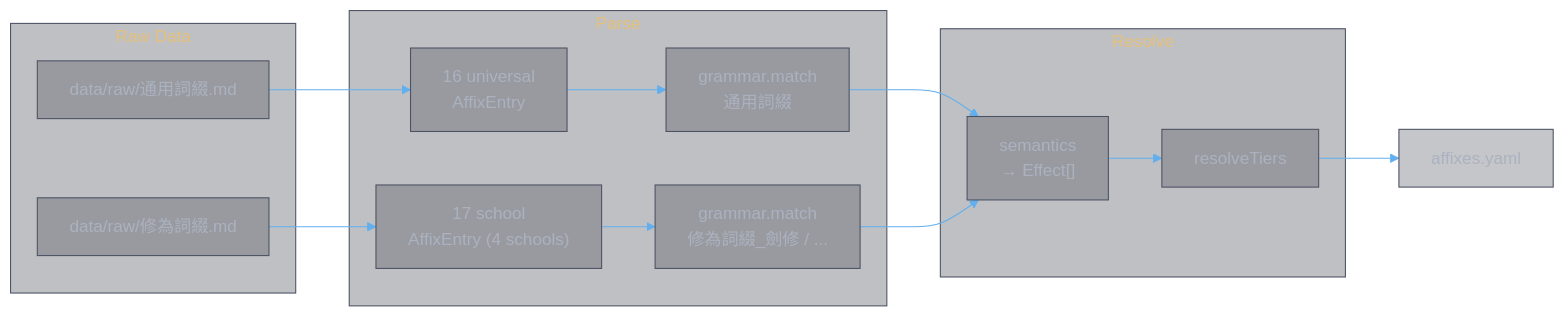
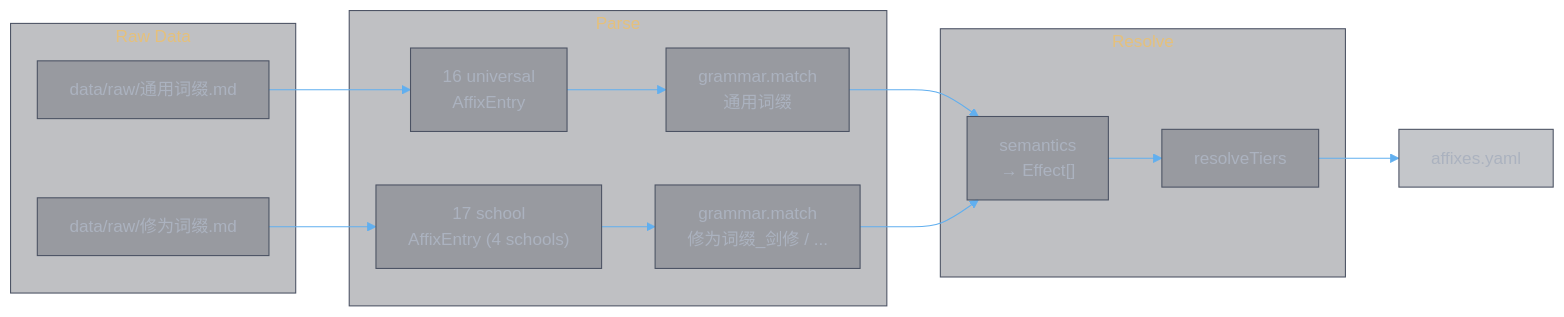
One commit to zhifengzhang-sz/divine-book changed the second of 5 diagrams in docs/parser/workflow.md. Above: the diagram before and after it, drawn with Mermaid. The commit also changed other lines of this file and 87 other files, not shown here.

First line of the commit message:
refactor(schema): Zod-validated effect types replace EffectRow

````diff
--- a/docs/parser/workflow.md
+++ b/docs/parser/workflow.md
@@ -164,23 +164,23 @@
 ```mermaid
 %%{init: {'theme': 'base', 'themeVariables': {'primaryColor': '#3e44514D', 'primaryTextColor': '#abb2bf', 'primaryBorderColor': '#4b5263', 'lineColor': '#61afef', 'secondaryColor': '#2c313a4D', 'secondaryTextColor': '#abb2bf', 'secondaryBorderColor': '#4b5263', 'tertiaryColor': '#282c344D', 'mainBkg': '#3e44514D', 'nodeBorder': '#4b5263', 'clusterBkg': '#2c313a4D', 'clusterBorder': '#4b5263', 'titleColor': '#e5c07b', 'edgeLabelBackground': '#282c34', 'textColor': '#abb2bf', 'background': '#282c34'}}}%%
 flowchart LR
     subgraph "Raw Data"
-        UNI["data/raw/通用詞綴.md"]
-        SCH["data/raw/修為詞綴.md"]
+        UNI["data/raw/通用词缀.md"]
+        SCH["data/raw/修为词缀.md"]
     end
 
     subgraph "Parse"
         UNI --> UENTRY["16 universal<br/>AffixEntry"]
         SCH --> SENTRY["17 school<br/>AffixEntry (4 schools)"]
-        UENTRY --> UMATCH["grammar.match<br/>通用詞綴"]
-        SENTRY --> SMATCH["grammar.match<br/>修為詞綴_劍修 / ..."]
+        UENTRY --> UMATCH["grammar.match<br/>通用词缀"]
+        SENTRY --> SMATCH["grammar.match<br/>修为词缀_剑修 / ..."]
     end
 
     subgraph "Resolve"
         UMATCH --> SEM["semantics<br/>→ Effect[]"]
         SMATCH --> SEM
         SEM --> TIERS["resolveTiers"]
     end
 
     TIERS --> OUT["affixes.yaml"]
 ```
````
